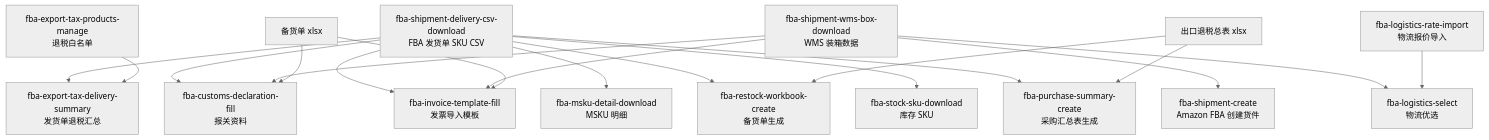
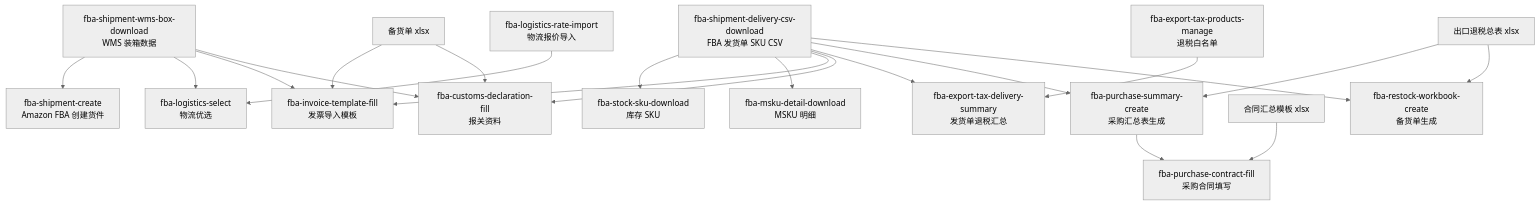
Before and after one commit to LXE123/LXE_AGENT: the diagram in skills/fba-workflow-map/SKILL.md, drawn with Mermaid (neutral theme). The commit also changed other lines of this file and 9 other files, not shown here.

First line of the commit message:
feat(mabang): add FBA purchase contract workflows

````diff
--- a/skills/fba-workflow-map/SKILL.md
+++ b/skills/fba-workflow-map/SKILL.md
@@ -24,22 +25,24 @@
 ```mermaid
 flowchart TD
   A["fba-shipment-delivery-csv-download<br/>FBA 发货单 SKU CSV"] --> B["fba-stock-sku-download<br/>库存 SKU"]
   A --> C["fba-msku-detail-download<br/>MSKU 明细"]
   A --> D["fba-invoice-template-fill<br/>发票导入模板"]
 
   E["fba-shipment-wms-box-download<br/>WMS 装箱数据"] --> F["fba-shipment-create<br/>Amazon FBA 创建货件"]
   E --> G["fba-logistics-select<br/>物流优选"]
   E --> D
   L["备货单 xlsx"] --> D
   A --> H["fba-customs-declaration-fill<br/>报关资料"]
   E --> H["fba-customs-declaration-fill<br/>报关资料"]
   L["备货单 xlsx"] --> H
 
   A --> I["fba-export-tax-delivery-summary<br/>发货单退税汇总"]
   J["fba-export-tax-products-manage<br/>退税白名单"] --> I
   K["fba-logistics-rate-import<br/>物流报价导入"] --> G
   A --> M["fba-purchase-summary-create<br/>采购汇总表生成"]
   N["出口退税总表 xlsx"] --> M
+  M --> P["fba-purchase-contract-fill<br/>采购合同填写"]
+  Q["合同汇总模板 xlsx"] --> P
   A --> O["fba-restock-workbook-create<br/>备货单生成"]
   N --> O
 ```
````
